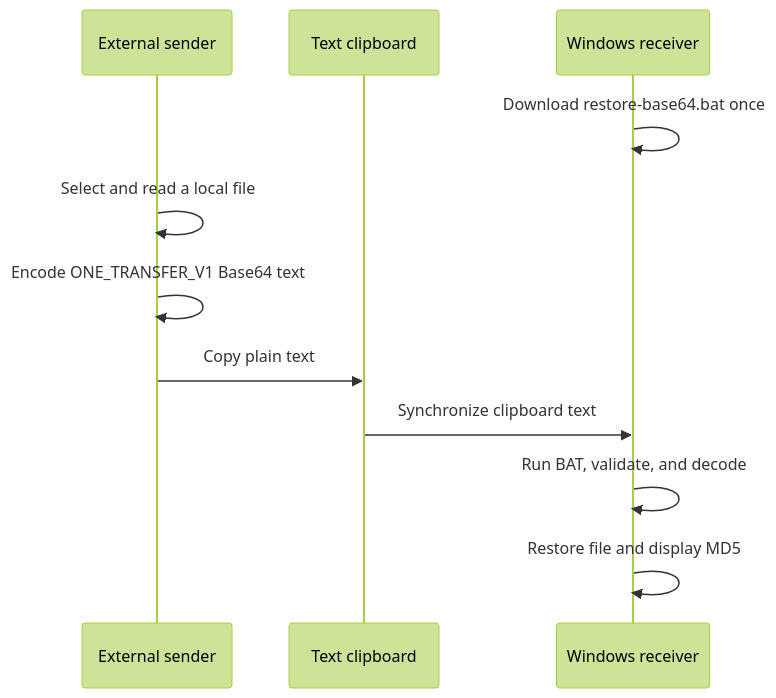
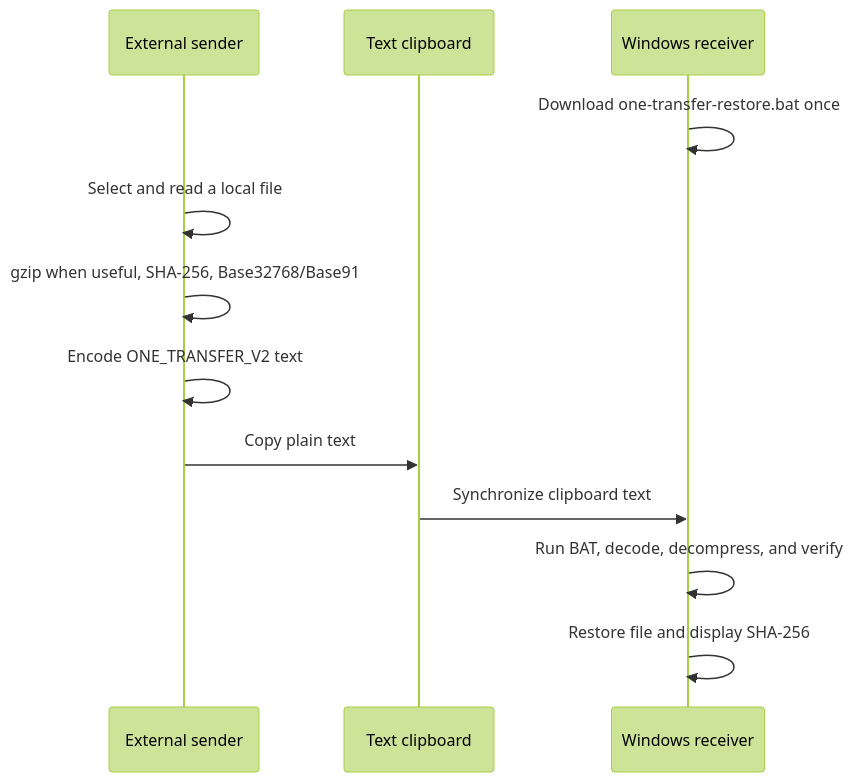
The second of 3 diagrams in README.md (CrazyForks/one-transfer), drawn with Mermaid (forest theme) before and after one commit. The commit also changed other lines of this file and 17 other files, not shown here.

First line of the commit message:
feat: implement clipboard transfer protocol V2 with Base32768 and Base91 encoding

````diff
--- a/README.md
+++ b/README.md
@@ -272,14 +355,15 @@
 ```mermaid
 sequenceDiagram
   participant E as External sender
   participant C as Text clipboard
   participant W as Windows receiver
 
-  W->>W: Download restore-base64.bat once
+  W->>W: Download one-transfer-restore.bat once
   E->>E: Select and read a local file
-  E->>E: Encode ONE_TRANSFER_V1 Base64 text
+  E->>E: gzip when useful, SHA-256, Base32768/Base91
+  E->>E: Encode ONE_TRANSFER_V2 text
   E->>C: Copy plain text
   C->>W: Synchronize clipboard text
-  W->>W: Run BAT, validate, and decode
-  W->>W: Restore file and display MD5
+  W->>W: Run BAT, decode, decompress, and verify
+  W->>W: Restore file and display SHA-256
 ```
````
